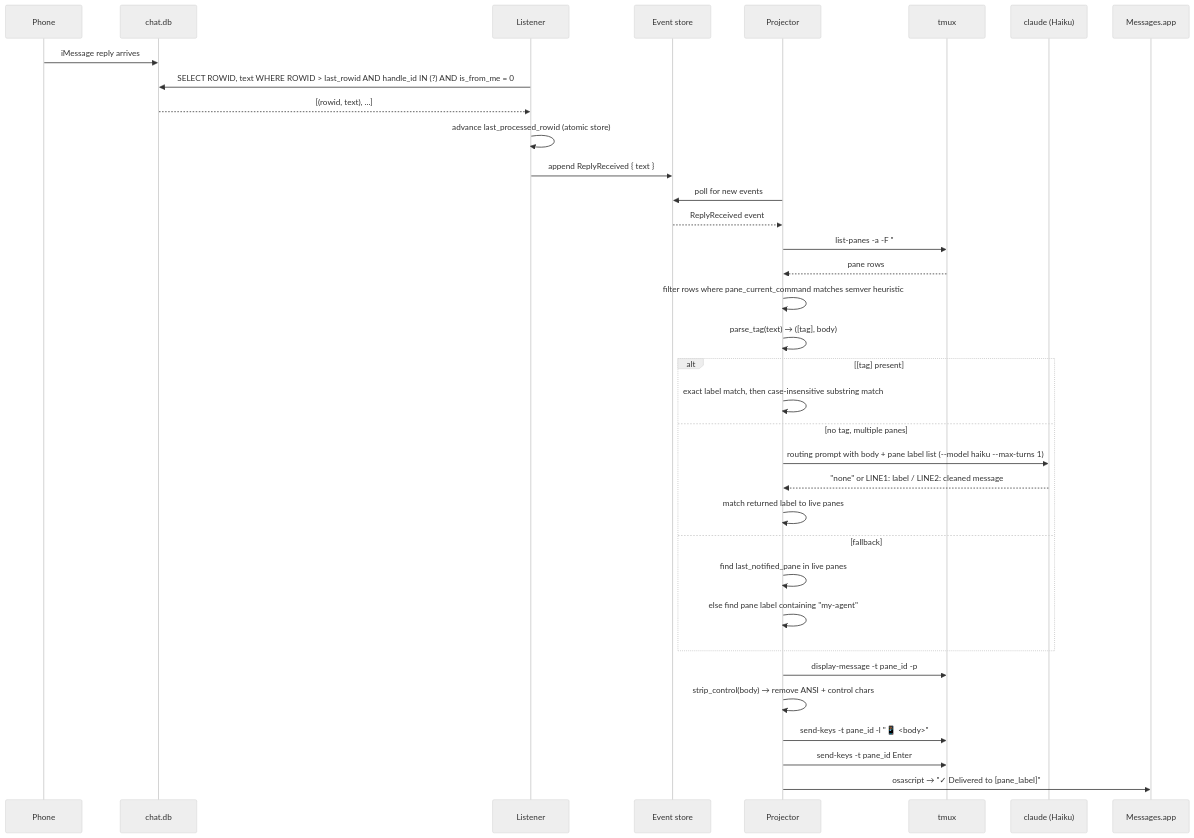
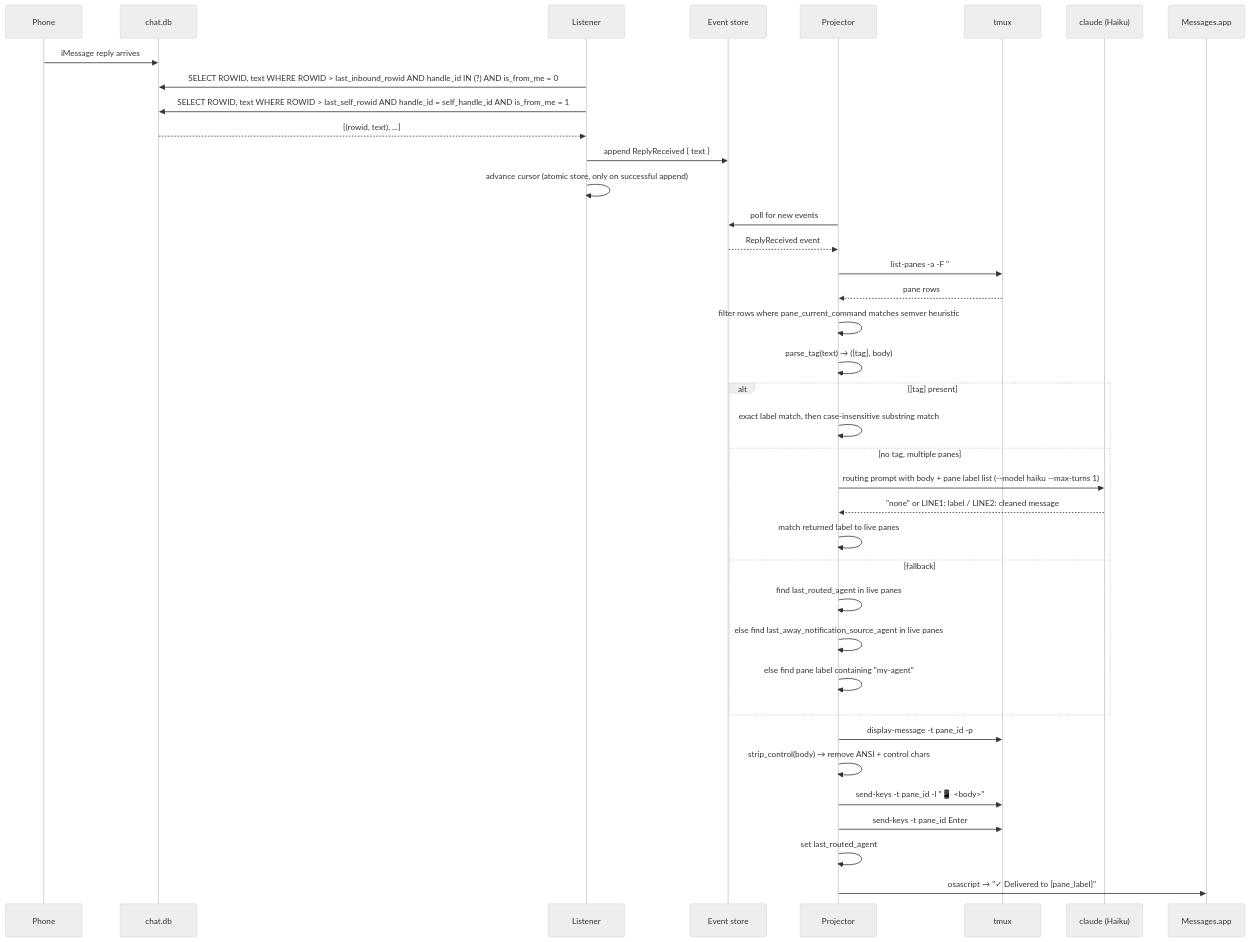
Before and after one commit to kahgeh/harold: the diagram in docs/references/reply-routing/README.md, drawn with Mermaid (neutral theme). The commit also changed other lines of this file and 13 other files, not shown here.

````diff
--- a/docs/references/reply-routing/README.md
+++ b/docs/references/reply-routing/README.md
@@ -82,43 +95,46 @@
 ```mermaid
 sequenceDiagram
     participant Phone
     participant ChatDb as chat.db
     participant Listener
     participant Store as Event store
     participant Projector
     participant Tmux as tmux
     participant AiCli as claude (Haiku)
     participant Messages as Messages.app
 
     Phone->>ChatDb: iMessage reply arrives
-    Listener->>ChatDb: SELECT ROWID, text WHERE ROWID > last_rowid AND handle_id IN (?) AND is_from_me = 0
+    Listener->>ChatDb: SELECT ROWID, text WHERE ROWID > last_inbound_rowid AND handle_id IN (?) AND is_from_me = 0
+    Listener->>ChatDb: SELECT ROWID, text WHERE ROWID > last_self_rowid AND handle_id = self_handle_id AND is_from_me = 1
     ChatDb-->>Listener: [(rowid, text), ...]
-    Listener->>Listener: advance last_processed_rowid (atomic store)
     Listener->>Store: append ReplyReceived { text }
+    Listener->>Listener: advance cursor (atomic store, only on successful append)
 
     Projector->>Store: poll for new events
     Store-->>Projector: ReplyReceived event
 
     Projector->>Tmux: list-panes -a -F "#{pane_id}|#{session_name}:#{window_index}.#{pane_index}|#{pane_current_command}"
     Tmux-->>Projector: pane rows
     Projector->>Projector: filter rows where pane_current_command matches semver heuristic
 
     Projector->>Projector: parse_tag(text) → ([tag], body)
 
     alt [tag] present
         Projector->>Projector: exact label match, then case-insensitive substring match
     else no tag, multiple panes
         Projector->>AiCli: routing prompt with body + pane label list (--model haiku --max-turns 1)
         AiCli-->>Projector: "none" or LINE1: label / LINE2: cleaned message
         Projector->>Projector: match returned label to live panes
     else fallback
-        Projector->>Projector: find last_notified_pane in live panes
+        Projector->>Projector: find last_routed_agent in live panes
+        Projector->>Projector: else find last_away_notification_source_agent in live panes
         Projector->>Projector: else find pane label containing "my-agent"
     end
 
     Projector->>Tmux: display-message -t pane_id -p #{pane_current_command} → liveness check
     Projector->>Projector: strip_control(body) → remove ANSI + control chars
     Projector->>Tmux: send-keys -t pane_id -l "📱 <body>"
     Projector->>Tmux: send-keys -t pane_id Enter
+    Projector->>Projector: set last_routed_agent
     Projector->>Messages: osascript → "✓ Delivered to [pane_label]"
 ```
````
